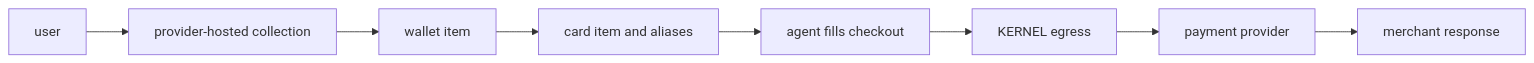
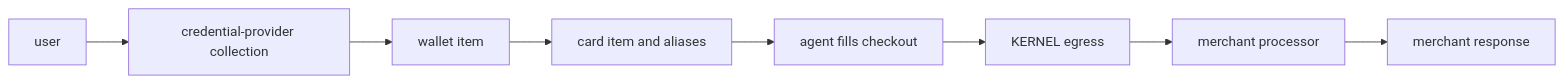
The diagram in integrations/payments/overview.mdx (kernel/docs), drawn with Mermaid before and after one commit. The commit also changed other lines of this file and 4 other files, not shown here.

First line of the commit message:
Clarify payment checkout and processor support (#549)

````diff
--- a/integrations/payments/overview.mdx
+++ b/integrations/payments/overview.mdx
@@ -32,10 +38,10 @@
 ```mermaid
 flowchart LR
-  U[user] --> H[provider-hosted collection]
+  U[user] --> H[credential-provider collection]
   H --> W[wallet item]
   W --> C[card item and aliases]
   C --> A[agent fills checkout]
   A --> E[<span class='kernel-brand-name'>KERNEL</span> egress]
-  E --> P[payment provider]
+  E --> P[merchant processor]
   P --> M[merchant response]
 ```
````
